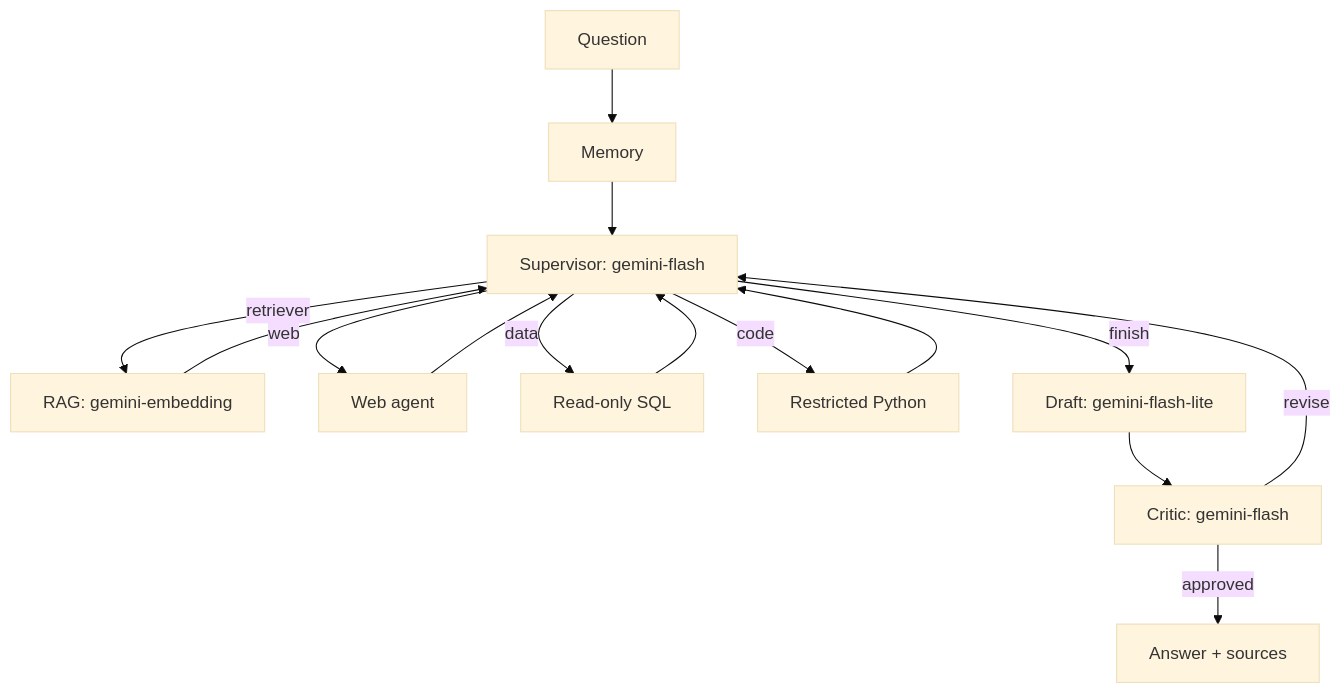
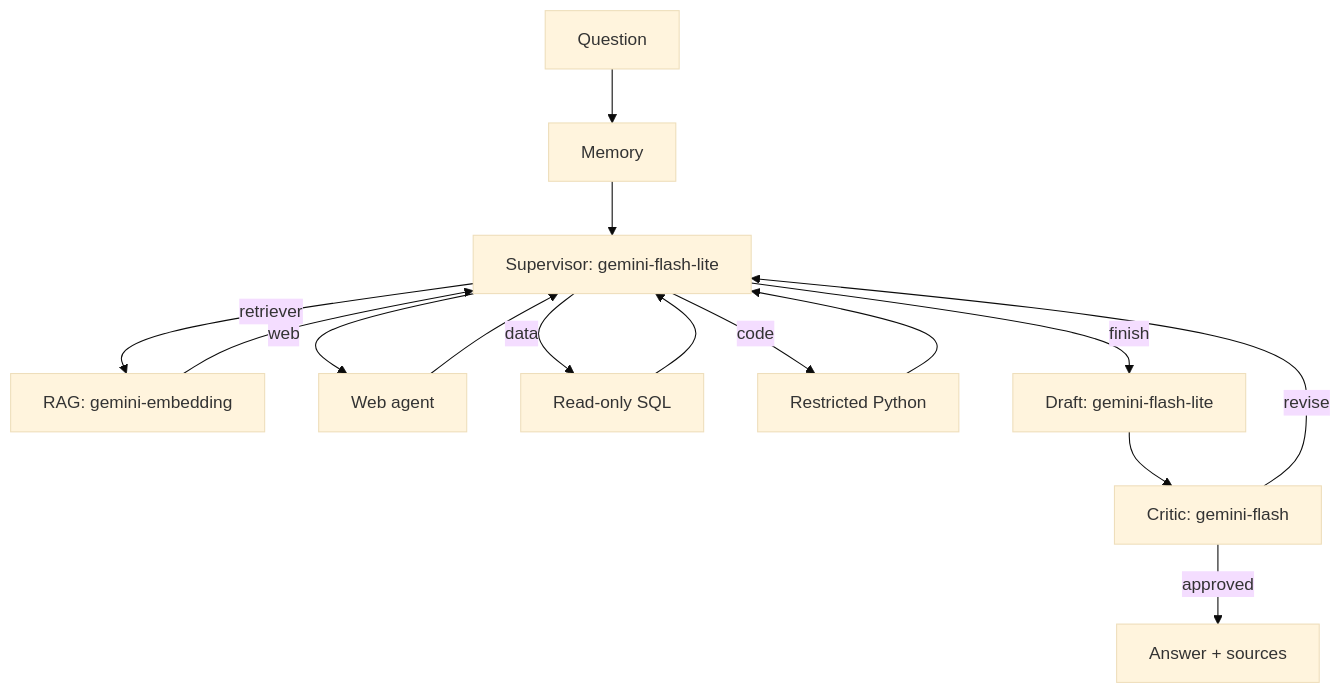
Before and after one commit to Twilight2224/Multi_Agent_AI_Analyst: the diagram in README.md, drawn with Mermaid (base theme).

````diff
--- a/README.md
+++ b/README.md
@@ -5,17 +5,17 @@
 ```mermaid
 flowchart TD
   Q[Question] --> M[Memory]
-  M --> S[Supervisor: gemini-flash]
+  M --> S[Supervisor: gemini-flash-lite]
   S -->|retriever| R[RAG: gemini-embedding]
   S -->|web| W[Web agent]
   S -->|data| D[Read-only SQL]
   S -->|code| C[Restricted Python]
   R --> S
   W --> S
   D --> S
   C --> S
   S -->|finish| G[Draft: gemini-flash-lite]
   G --> V[Critic: gemini-flash]
   V -->|revise| S
   V -->|approved| A[Answer + sources]
 ```
````
